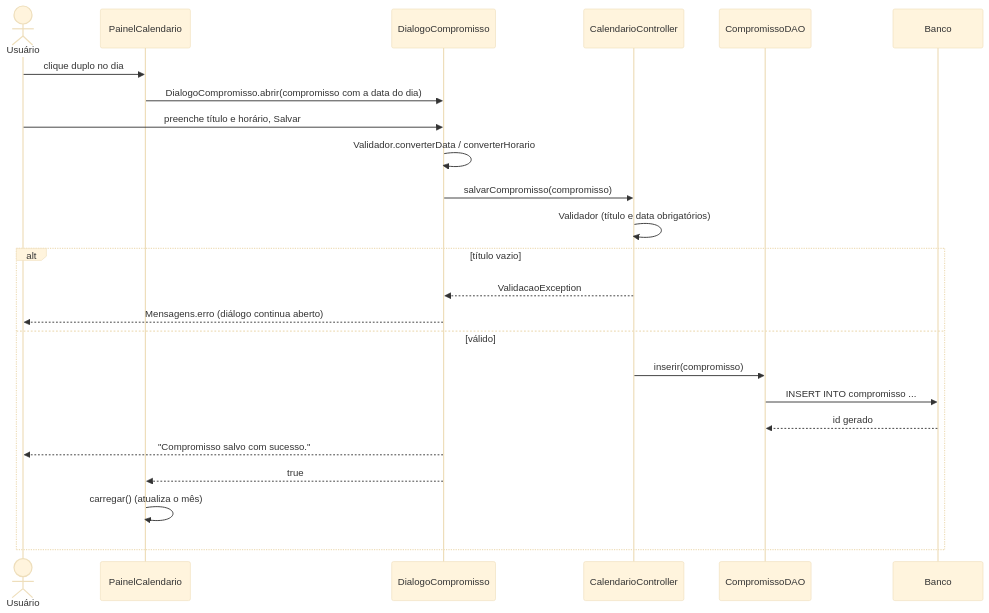
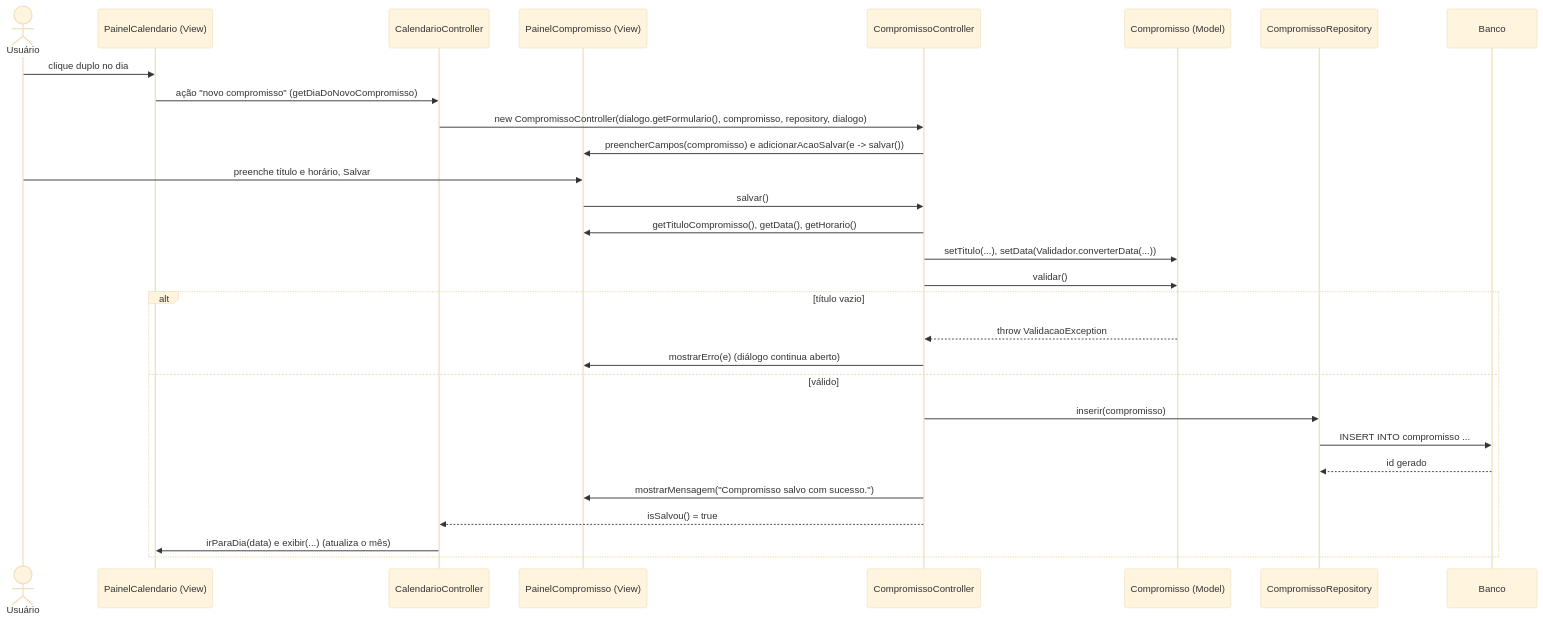
One commit to mheloisawitt/Athletiza changed the third of 13 diagrams in docs/diagramas/sequencia.md. Above: the diagram before and after it, drawn with Mermaid (base theme). The commit also changed other lines of this file and 196 other files, not shown here.

````diff
--- a/docs/diagramas/sequencia.md
+++ b/docs/diagramas/sequencia.md
@@ -92,27 +101,32 @@
 ```mermaid
 sequenceDiagram
     actor U as Usuário
-    participant V as PainelCalendario
-    participant F as DialogoCompromisso
-    participant C as CalendarioController
-    participant D as CompromissoDAO
+    participant V as PainelCalendario (View)
+    participant CC as CalendarioController
+    participant F as PainelCompromisso (View)
+    participant C as CompromissoController
+    participant M as Compromisso (Model)
+    participant R as CompromissoRepository
     participant B as Banco
 
     U->>V: clique duplo no dia
-    V->>F: DialogoCompromisso.abrir(compromisso com a data do dia)
+    V->>CC: ação "novo compromisso" (getDiaDoNovoCompromisso)
+    CC->>C: new CompromissoController(dialogo.getFormulario(), compromisso, repository, dialogo)
+    C->>F: preencherCampos(compromisso) e adicionarAcaoSalvar(e -> salvar())
     U->>F: preenche título e horário, Salvar
-    F->>F: Validador.converterData / converterHorario
-    F->>C: salvarCompromisso(compromisso)
-    C->>C: Validador (título e data obrigatórios)
+    F->>C: salvar()
+    C->>F: getTituloCompromisso(), getData(), getHorario()
+    C->>M: setTitulo(...), setData(Validador.converterData(...))
+    C->>M: validar()
     alt título vazio
-        C-->>F: ValidacaoException
-        F-->>U: Mensagens.erro (diálogo continua aberto)
+        M-->>C: throw ValidacaoException
+        C->>F: mostrarErro(e) (diálogo continua aberto)
     else válido
-        C->>D: inserir(compromisso)
-        D->>B: INSERT INTO compromisso ...
-        B-->>D: id gerado
-        F-->>U: "Compromisso salvo com sucesso."
-        F-->>V: true
-        V->>V: carregar() (atualiza o mês)
+        C->>R: inserir(compromisso)
+        R->>B: INSERT INTO compromisso ...
+        B-->>R: id gerado
+        C->>F: mostrarMensagem("Compromisso salvo com sucesso.")
+        C-->>CC: isSalvou() = true
+        CC->>V: irParaDia(data) e exibir(...) (atualiza o mês)
     end
 ```
````
